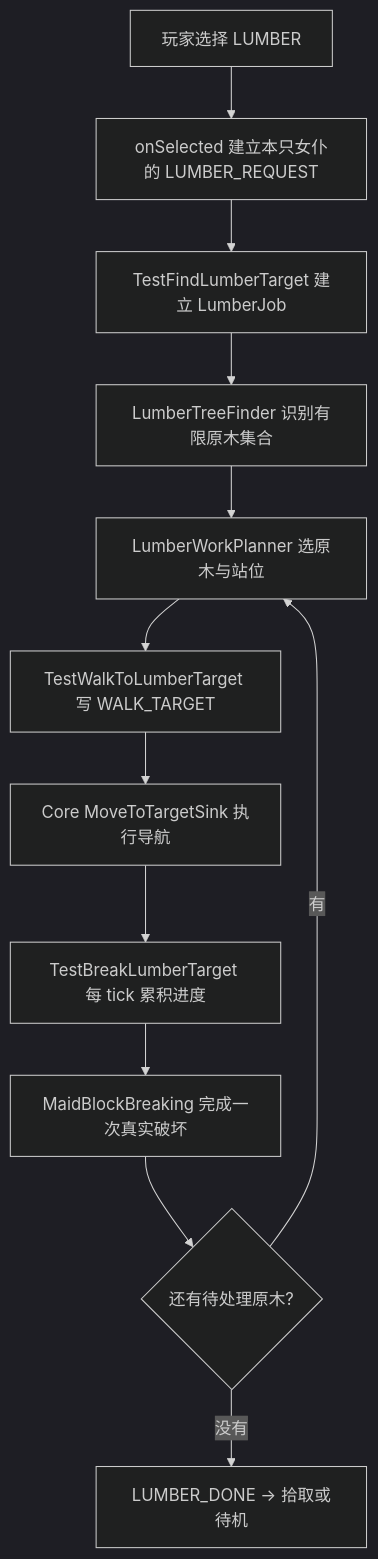
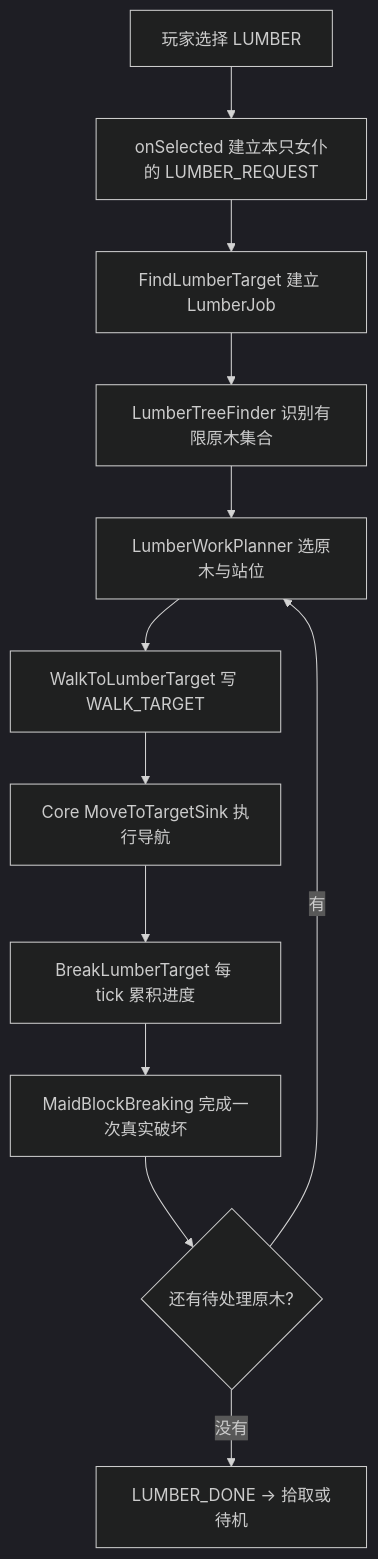
One commit to ozozorz/ai-maid changed the diagram in docs/LUMBER_AND_DEATH.md. Above: the diagram before and after it, drawn with Mermaid (dark theme). The commit also changed other lines of this file and 207 other files, not shown here.

````diff
--- a/docs/LUMBER_AND_DEATH.md
+++ b/docs/LUMBER_AND_DEATH.md
@@ -42,14 +40,14 @@
 ```mermaid
 flowchart TD
     A[玩家选择 LUMBER] --> B[onSelected 建立本只女仆的 LUMBER_REQUEST]
-    B --> C[TestFindLumberTarget 建立 LumberJob]
+    B --> C[FindLumberTarget 建立 LumberJob]
     C --> D[LumberTreeFinder 识别有限原木集合]
     D --> E[LumberWorkPlanner 选原木与站位]
-    E --> F[TestWalkToLumberTarget 写 WALK_TARGET]
+    E --> F[WalkToLumberTarget 写 WALK_TARGET]
     F --> G[Core MoveToTargetSink 执行导航]
-    G --> H[TestBreakLumberTarget 每 tick 累积进度]
+    G --> H[BreakLumberTarget 每 tick 累积进度]
     H --> I[MaidBlockBreaking 完成一次真实破坏]
     I --> J{还有待处理原木?}
     J -->|有| E
     J -->|没有| K[LUMBER_DONE → 拾取或待机]
 ```
````
